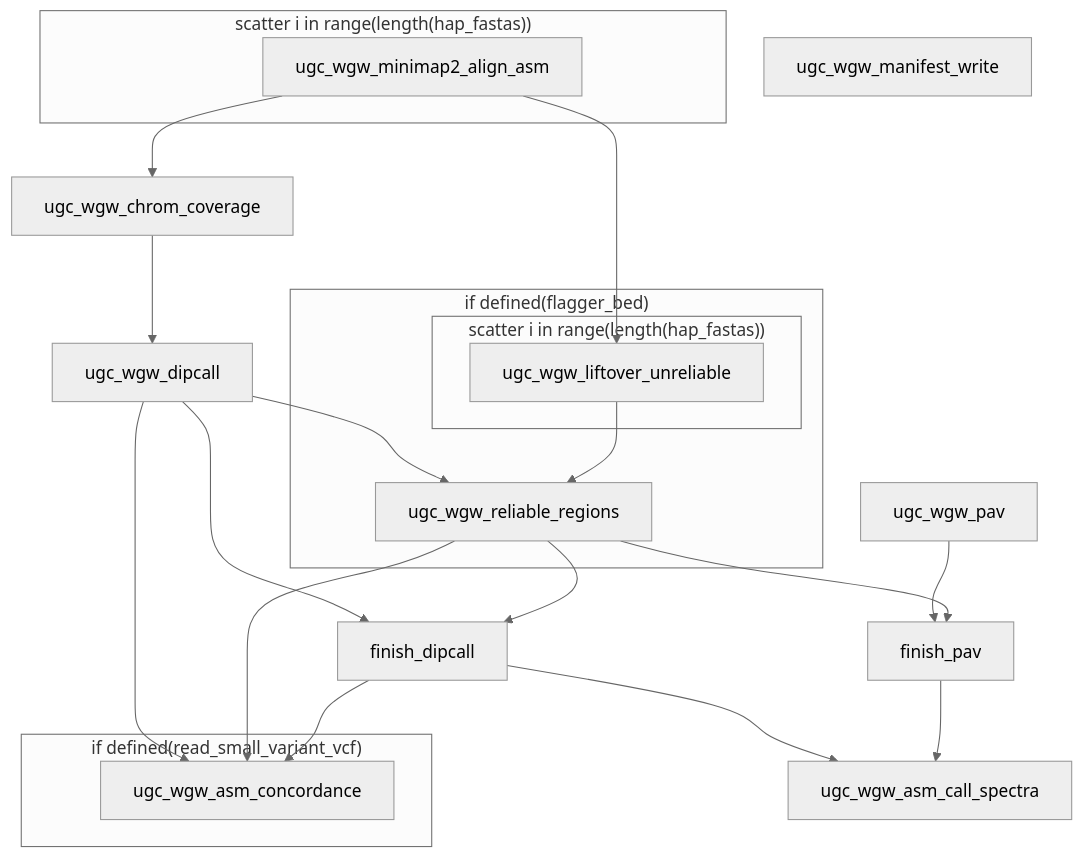
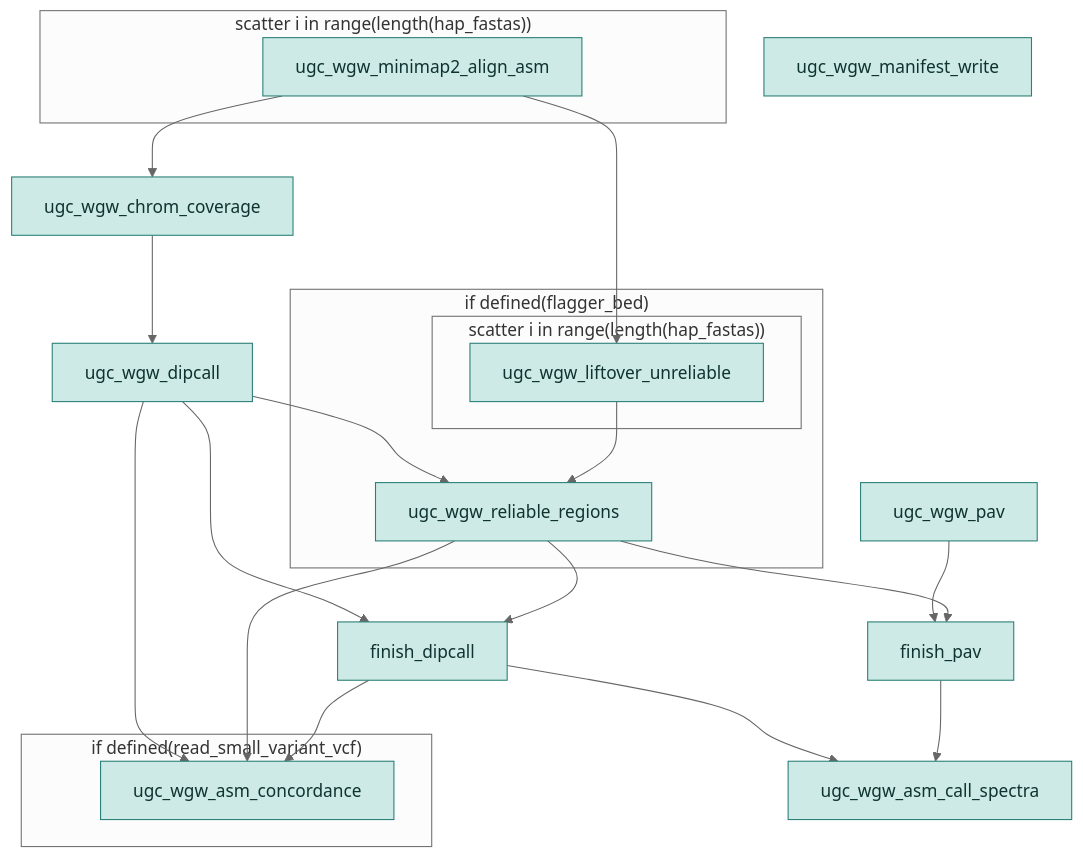
Diagram 12 of 13 in docs/guide/workflow-graphs.md (UppsalaGenomeCenter/ugc-wgw), drawn with Mermaid (neutral theme) before and after one commit. The commit also changed other lines of this file and 52 other files, not shown here.

First line of the commit message:
ugc-wgw 0.20.0

````diff
--- a/docs/guide/workflow-graphs.md
+++ b/docs/guide/workflow-graphs.md
@@ -738,36 +758,37 @@
 ```mermaid
 flowchart TD
   subgraph s1["scatter i in range(length(hap_fastas))"]
-    n1["ugc_wgw_minimap2_align_asm"]
+    n1["ugc_wgw_minimap2_align_asm"]:::o
   end
-  n2["ugc_wgw_chrom_coverage"]
-  n3["ugc_wgw_dipcall"]
-  n4["ugc_wgw_pav"]
+  n2["ugc_wgw_chrom_coverage"]:::o
+  n3["ugc_wgw_dipcall"]:::o
+  n4["ugc_wgw_pav"]:::o
   subgraph s2["if defined(flagger_bed)"]
     subgraph s3["scatter i in range(length(hap_fastas))"]
-      n5["ugc_wgw_liftover_unreliable"]
+      n5["ugc_wgw_liftover_unreliable"]:::o
     end
-    n6["ugc_wgw_reliable_regions"]
+    n6["ugc_wgw_reliable_regions"]:::o
   end
-  n7["finish_dipcall"]
-  n8["finish_pav"]
-  n9["ugc_wgw_asm_call_spectra"]
+  n7["finish_dipcall"]:::o
+  n8["finish_pav"]:::o
+  n9["ugc_wgw_asm_call_spectra"]:::o
   subgraph s4["if defined(read_small_variant_vcf)"]
-    n10["ugc_wgw_asm_concordance"]
+    n10["ugc_wgw_asm_concordance"]:::o
   end
-  n11["ugc_wgw_manifest_write"]
+  n11["ugc_wgw_manifest_write"]:::o
   n1 --> n2
   n1 --> n5
   n2 --> n3
   n3 --> n6
   n3 --> n7
   n3 --> n10
   n4 --> n8
   n5 --> n6
   n6 --> n7
   n6 --> n8
   n6 --> n10
   n7 --> n9
   n7 --> n10
   n8 --> n9
+  classDef o fill:#cdeae6,stroke:#2a7f77,color:#0f3330
 ```
````
